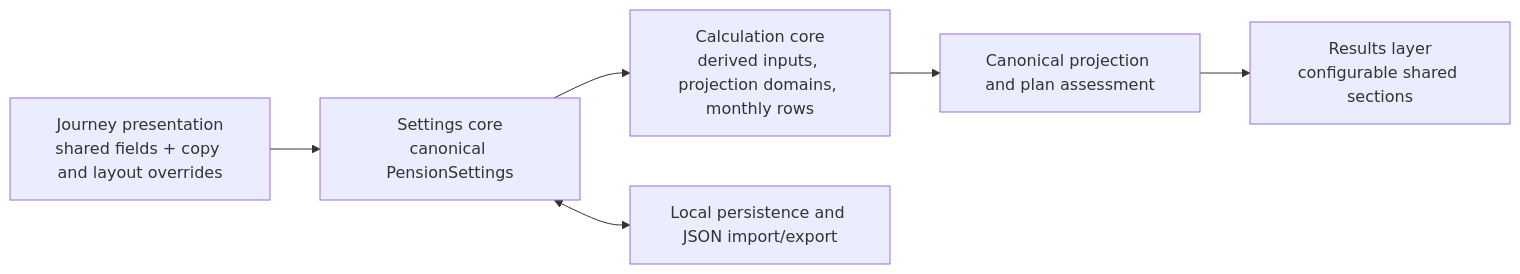
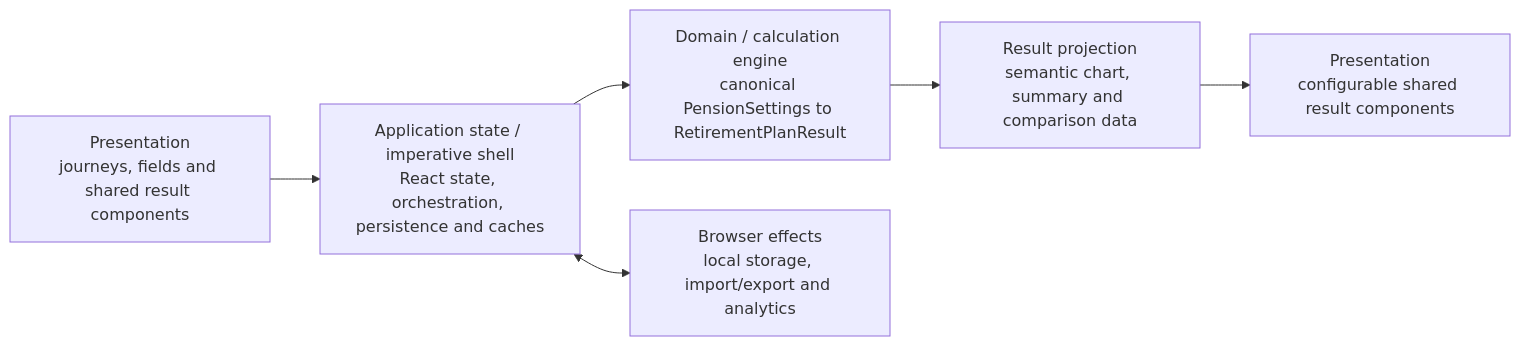
The diagram in README.md (r0w4n/cs-pension-modeller), drawn with Mermaid before and after one commit. The commit also changed other lines of this file and 29 other files, not shown here.

````diff
--- a/README.md
+++ b/README.md
@@ -230,8 +206,8 @@
 ```mermaid
 flowchart LR
-    A["Journey presentation<br/>shared fields + copy and layout overrides"] --> B["Settings core<br/>canonical PensionSettings"]
-    B --> C["Calculation core<br/>derived inputs, projection domains, monthly rows"]
-    C --> D["Canonical projection and plan assessment"]
-    D --> E["Results layer<br/>configurable shared sections"]
-    B <--> F["Local persistence and JSON import/export"]
+    P1["Presentation<br/>journeys, fields and shared result components"] --> S["Application state / imperative shell<br/>React state, orchestration, persistence and caches"]
+    S --> C["Domain / calculation engine<br/>canonical PensionSettings to RetirementPlanResult"]
+    C --> R["Result projection<br/>semantic chart, summary and comparison data"]
+    R --> P2["Presentation<br/>configurable shared result components"]
+    S <--> IO["Browser effects<br/>local storage, import/export and analytics"]
 ```
````
